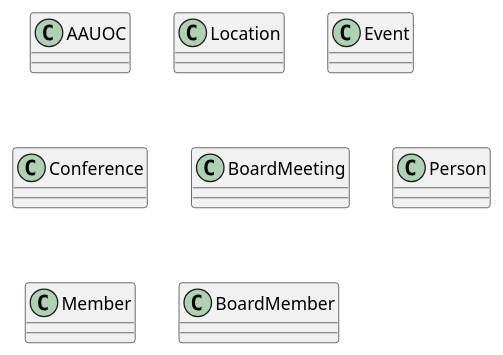
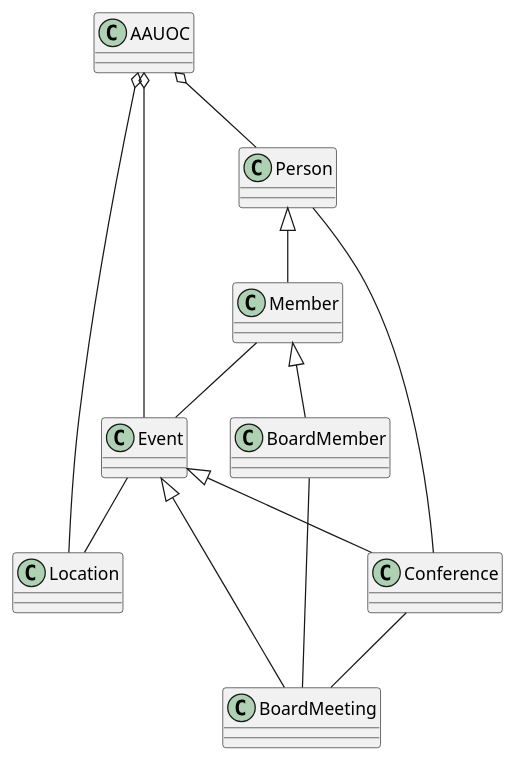
One commit to Borjiuxvl/UMLClasesBorjaVidal changed the diagram in src/TestUMLBorjaVidal.puml. Above: the diagram before and after it, drawn with PlantUML.

Commit message:
Segundo Commit

```diff
--- a/src/TestUMLBorjaVidal.puml
+++ b/src/TestUMLBorjaVidal.puml
@@ -1,19 +1,38 @@
 @startuml
 
 class AAUOC
 
 class Location
 
+AAUOC o-- Location
+
 class Event
+
+AAUOC o-- Event
+Event -- Location
 
 class Conference
 
+Event <|-- Conference
+Conference -- BoardMeeting
+
 class BoardMeeting
+
+Event <|-- BoardMeeting
 
 class Person
 
+AAUOC o-- Person
+Person -- Conference
+
 class Member
+
+Person <|-- Member
+Member -- Event
 
 class BoardMember
 
+Member <|-- BoardMember
+BoardMember -- BoardMeeting
+
 @enduml
```
